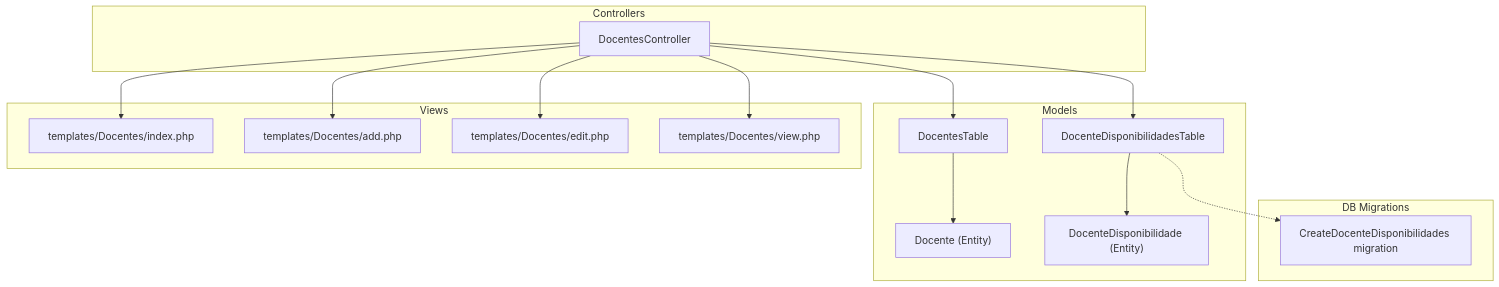
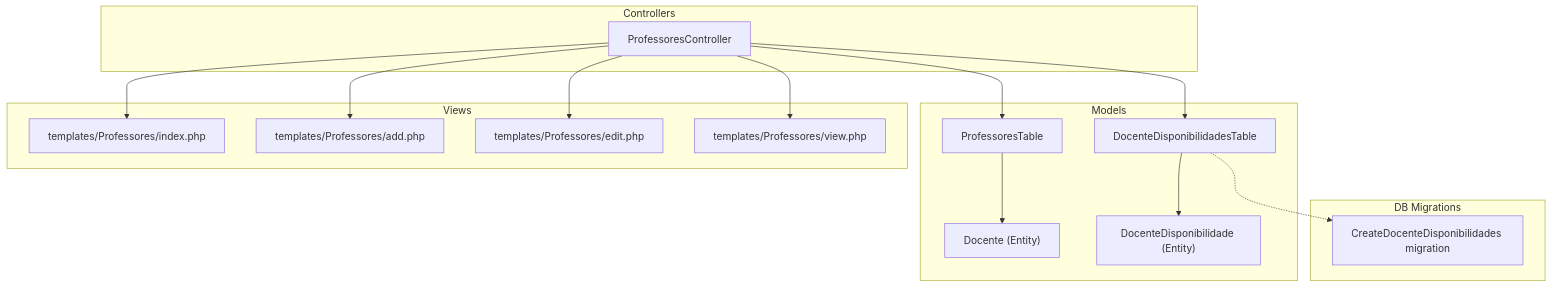
One commit to luiseduacosta/planejamento5 changed the first of 6 diagrams in .qoder/repowiki/en/content/Project Overview/Core Features Overview/Faculty Management/Faculty Profile Management.md. Above: the diagram before and after it, drawn with Mermaid. The commit also changed other lines of this file and 37 other files, not shown here.

Commit message:
repowiki: rename Docentes → Professores in metadata

````diff
--- a/.qoder/repowiki/en/content/Project Overview/Core Features Overview/Faculty Management/Faculty Profile Management.md
+++ b/.qoder/repowiki/en/content/Project Overview/Core Features Overview/Faculty Management/Faculty Profile Management.md
@@ -47,30 +47,30 @@
 ```mermaid
 graph TB
 subgraph "Controllers"
-C["DocentesController"]
+C["ProfessoresController"]
 end
 subgraph "Models"
-T["DocentesTable"]
+T["ProfessoresTable"]
 E["Docente (Entity)"]
 TD["DocenteDisponibilidadesTable"]
 ED["DocenteDisponibilidade (Entity)"]
 end
 subgraph "Views"
-VIdx["templates/Docentes/index.php"]
-VAdd["templates/Docentes/add.php"]
-VEdit["templates/Docentes/edit.php"]
-VView["templates/Docentes/view.php"]
+VIdx["templates/Professores/index.php"]
+VAdd["templates/Professores/add.php"]
+VEdit["templates/Professores/edit.php"]
+VView["templates/Professores/view.php"]
 end
 subgraph "DB Migrations"
 MAvail["CreateDocenteDisponibilidades migration"]
 end
 C --> T
 T --> E
 C --> TD
 TD --> ED
 C --> VIdx
 C --> VAdd
 C --> VEdit
 C --> VView
 TD -.-> MAvail
 ```
````
